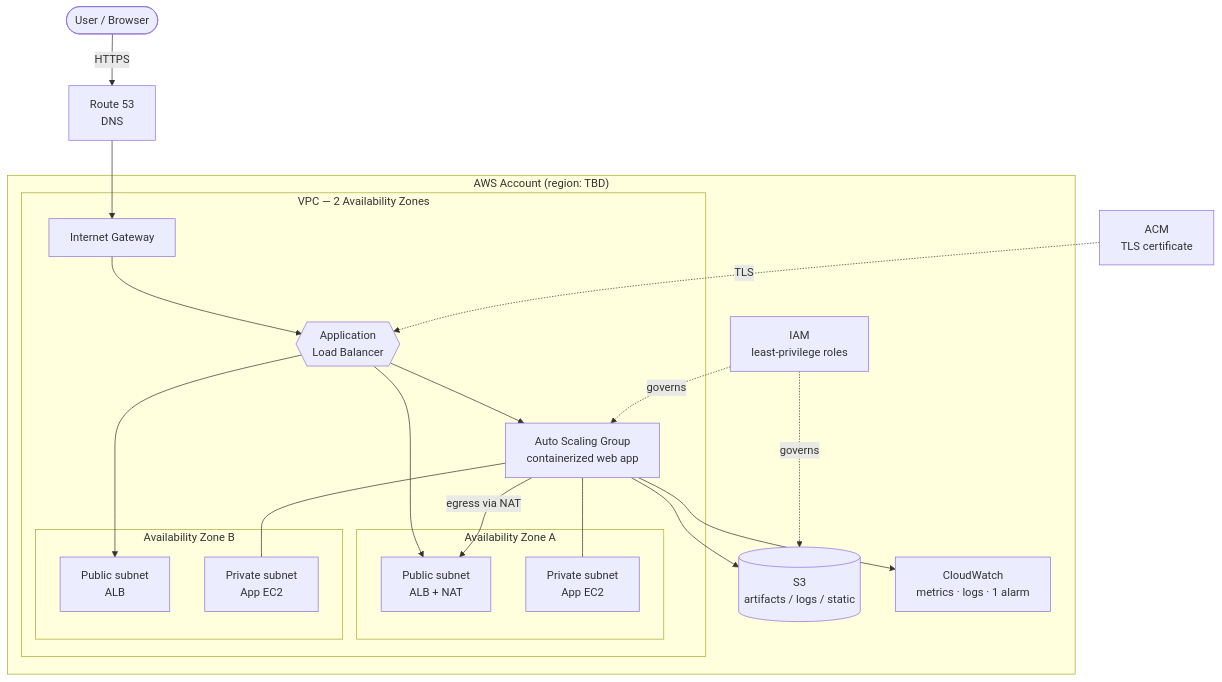
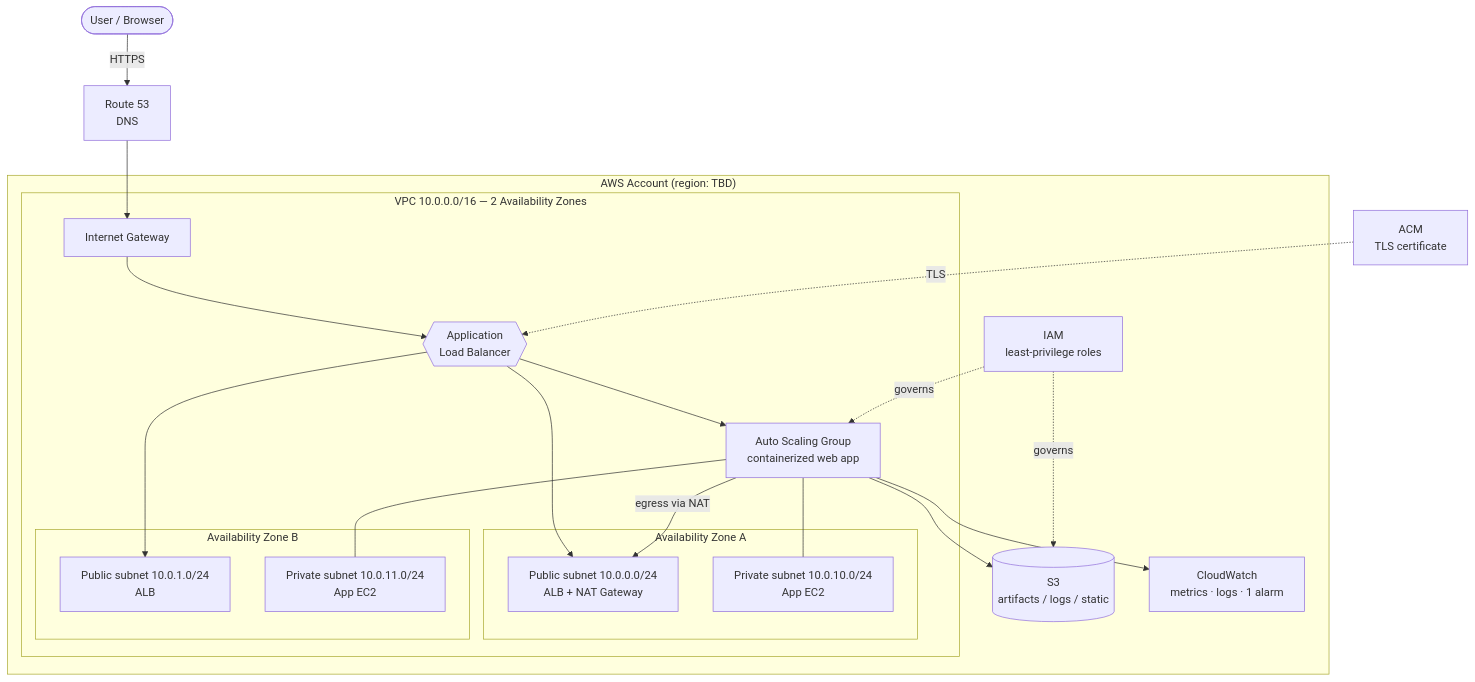
The diagram in docs/diagrams/month-01-architecture.md (mkhosi-cpu/devops-production-platform), drawn with Mermaid before and after one commit. The commit also changed other lines of this file, not shown here.

Commit message:
Update Month 1 diagram with concrete subnet CIDRs
- Show VPC 10.0.0.0/16 and public/private subnet CIDRs per AZ
- Cross-reference the Week 2 network design doc for route/SG detail

````diff
--- a/docs/diagrams/month-01-architecture.md
+++ b/docs/diagrams/month-01-architecture.md
@@ -9,45 +9,45 @@
 ```mermaid
 flowchart TB
     user([User / Browser])
     dns[Route 53<br/>DNS]
     acm[ACM<br/>TLS certificate]
 
     user -->|HTTPS| dns
 
     subgraph AWS["AWS Account (region: TBD)"]
-        subgraph VPC["VPC — 2 Availability Zones"]
+        subgraph VPC["VPC 10.0.0.0/16 — 2 Availability Zones"]
             igw[Internet Gateway]
 
             subgraph AZ1["Availability Zone A"]
-                pub1[Public subnet<br/>ALB + NAT]
-                priv1[Private subnet<br/>App EC2]
+                pub1[Public subnet 10.0.0.0/24<br/>ALB + NAT Gateway]
+                priv1[Private subnet 10.0.10.0/24<br/>App EC2]
             end
 
             subgraph AZ2["Availability Zone B"]
-                pub2[Public subnet<br/>ALB]
-                priv2[Private subnet<br/>App EC2]
+                pub2[Public subnet 10.0.1.0/24<br/>ALB]
+                priv2[Private subnet 10.0.11.0/24<br/>App EC2]
             end
 
             alb{{Application<br/>Load Balancer}}
             asg[Auto Scaling Group<br/>containerized web app]
         end
 
         s3[(S3<br/>artifacts / logs / static)]
         cw[CloudWatch<br/>metrics · logs · 1 alarm]
         iam[IAM<br/>least-privilege roles]
     end
 
     dns --> igw
     igw --> alb
     acm -.TLS.-> alb
     alb --> pub1
     alb --> pub2
     alb --> asg
     asg --- priv1
     asg --- priv2
     asg -->|egress via NAT| pub1
     asg --> s3
     asg --> cw
     iam -.governs.-> asg
     iam -.governs.-> s3
 ```
````
